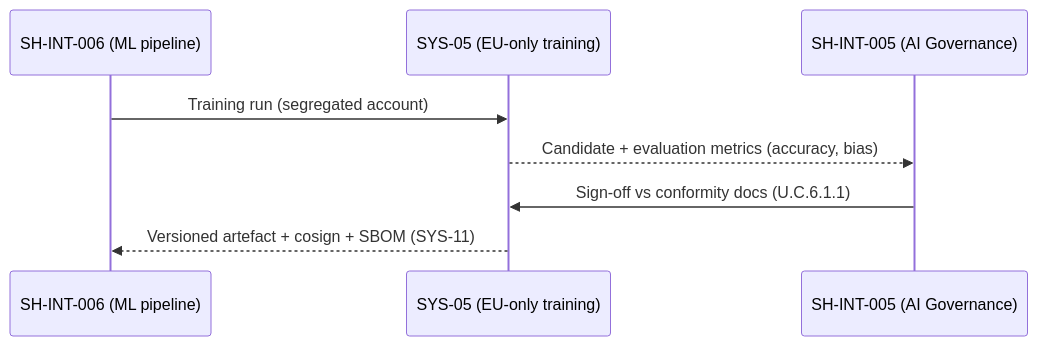
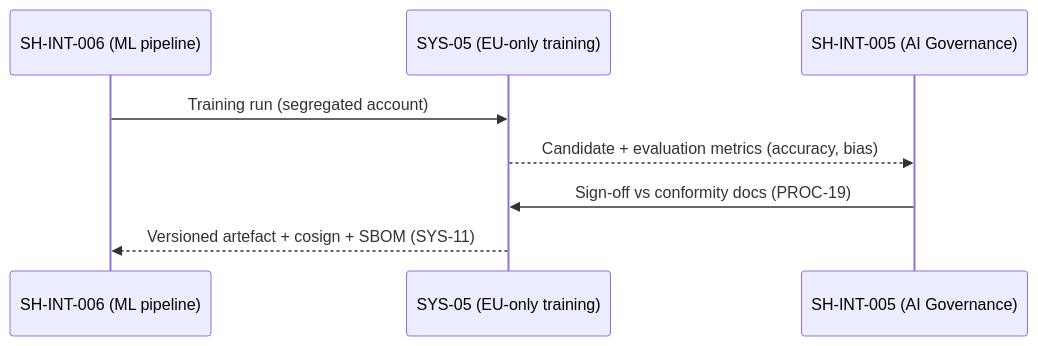
One commit to pauloribeiro16/Methodology_compact changed diagram 19 of 27 in 02_CASES/Case_02_SecureBorder_Solutions/03_PHASE3_DECOMPOSITION/Doc21_Use_Cases_Catalog.md. Above: the diagram before and after it, drawn with Mermaid. The commit also changed other lines of this file and 4 other files, not shown here.

````diff
--- a/02_CASES/Case_02_SecureBorder_Solutions/03_PHASE3_DECOMPOSITION/Doc21_Use_Cases_Catalog.md
+++ b/02_CASES/Case_02_SecureBorder_Solutions/03_PHASE3_DECOMPOSITION/Doc21_Use_Cases_Catalog.md
@@ -2437,10 +2437,10 @@
 ```mermaid
 sequenceDiagram
     participant ML as SH-INT-006 (ML pipeline)
     participant SYS5 as SYS-05 (EU-only training)
     participant AIG as SH-INT-005 (AI Governance)
     ML->>SYS5: Training run (segregated account)
     SYS5-->>AIG: Candidate + evaluation metrics (accuracy, bias)
-    AIG->>SYS5: Sign-off vs conformity docs (U.C.6.1.1)
+    AIG->>SYS5: Sign-off vs conformity docs (PROC-19)
     SYS5-->>ML: Versioned artefact + cosign + SBOM (SYS-11)
 ```
````
